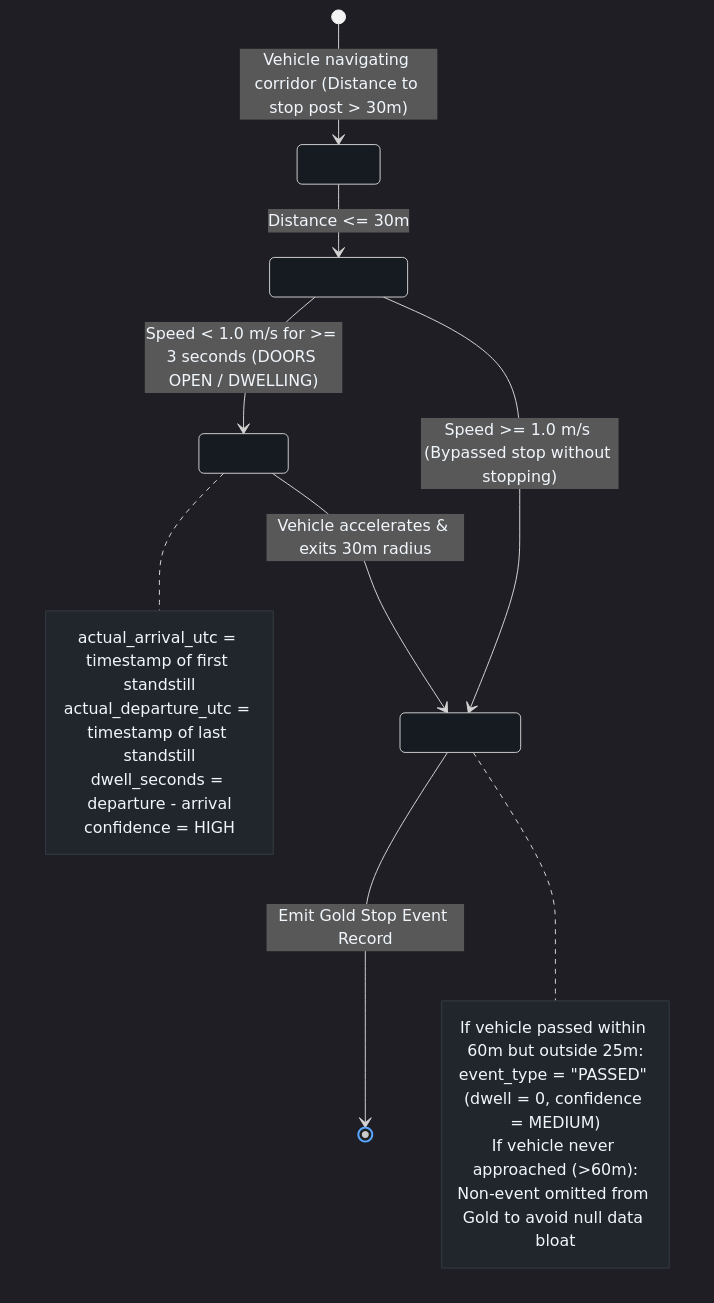
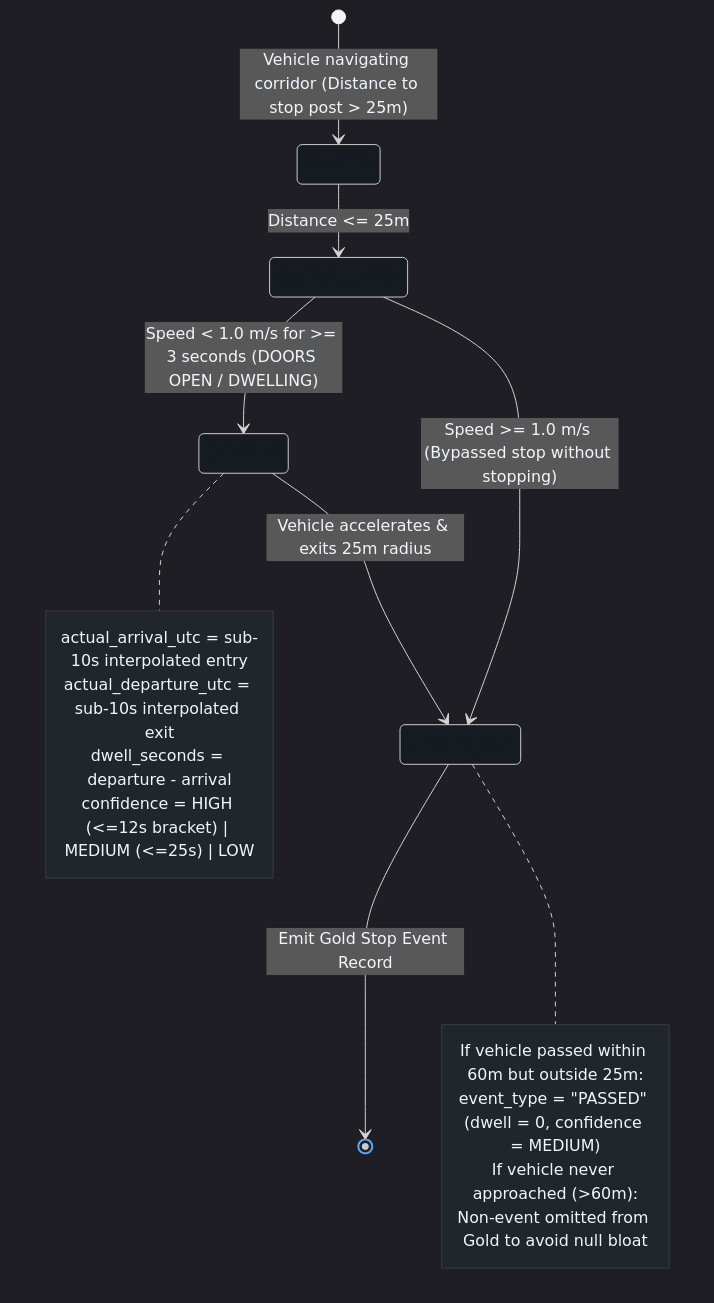
One commit to giangh14cqt/warsaw-public-transport-monitor changed the third of 3 diagrams in architect/historian_pipeline/medallion_architecture.md. Above: the diagram before and after it, drawn with Mermaid. The commit also changed other lines of this file and 6 other files, not shown here.

Commit message:
docs(architect): document database matching for historian from raw data to gold and gold to mat matrix

````diff
--- a/architect/historian_pipeline/medallion_architecture.md
+++ b/architect/historian_pipeline/medallion_architecture.md
@@ -81,42 +240,42 @@
 ```mermaid
 %%{init: {
   'theme': 'dark',
   'themeVariables': {
     'darkMode': true,
     'background': '#0d1117',
     'lineColor': '#58a6ff',
     'textColor': '#f0f6fc',
     'labelColor': '#f0f6fc',
     'stateBorder': '#58a6ff',
     'stateBkg': '#161b22',
     'noteBkgColor': '#21262d',
     'noteBorderColor': '#30363d',
     'noteTextColor': '#f0f6fc'
   }
 }}%%
 stateDiagram-v2
-    [*] --> TRANSIT: Vehicle navigating corridor (Distance to stop post > 30m)
+    [*] --> TRANSIT: Vehicle navigating corridor (Distance to stop post > 25m)
     
-    TRANSIT --> BUFFER_ENTER: Distance <= 30m
+    TRANSIT --> BUFFER_ENTER: Distance <= 25m
     
     BUFFER_ENTER --> STOPPED: Speed < 1.0 m/s for >= 3 seconds (DOORS OPEN / DWELLING)
     BUFFER_ENTER --> BUFFER_EXIT: Speed >= 1.0 m/s (Bypassed stop without stopping)
     
-    STOPPED --> BUFFER_EXIT: Vehicle accelerates & exits 30m radius
+    STOPPED --> BUFFER_EXIT: Vehicle accelerates & exits 25m radius
     
     BUFFER_EXIT --> [*]: Emit Gold Stop Event Record
     
     note right of STOPPED
-        actual_arrival_utc = timestamp of first standstill
-        actual_departure_utc = timestamp of last standstill
+        actual_arrival_utc = sub-10s interpolated entry
+        actual_departure_utc = sub-10s interpolated exit
         dwell_seconds = departure - arrival
-        confidence = HIGH
+        confidence = HIGH (<=12s bracket) | MEDIUM (<=25s) | LOW
     end note
 
     note right of BUFFER_EXIT
         If vehicle passed within 60m but outside 25m:
         event_type = "PASSED" (dwell = 0, confidence = MEDIUM)
         If vehicle never approached (>60m):
-        Non-event omitted from Gold to avoid null data bloat
+        Non-event omitted from Gold to avoid null bloat
     end note
 ```
````
